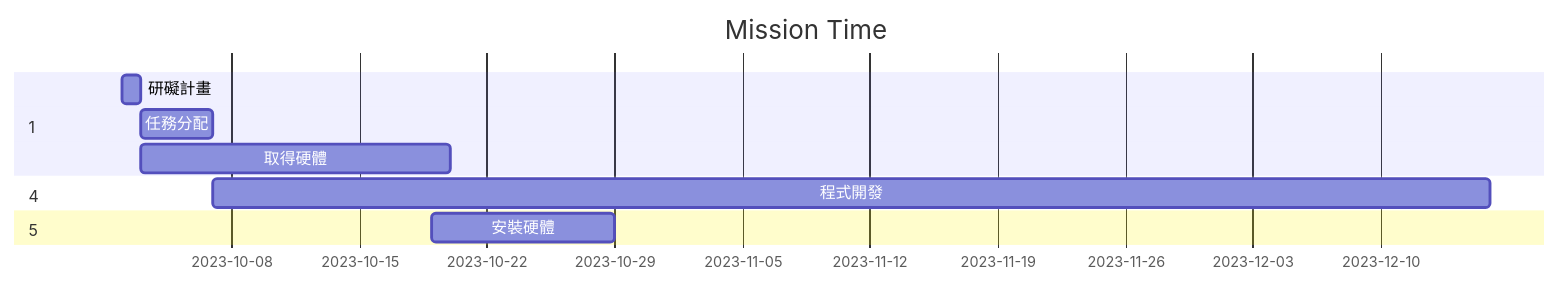
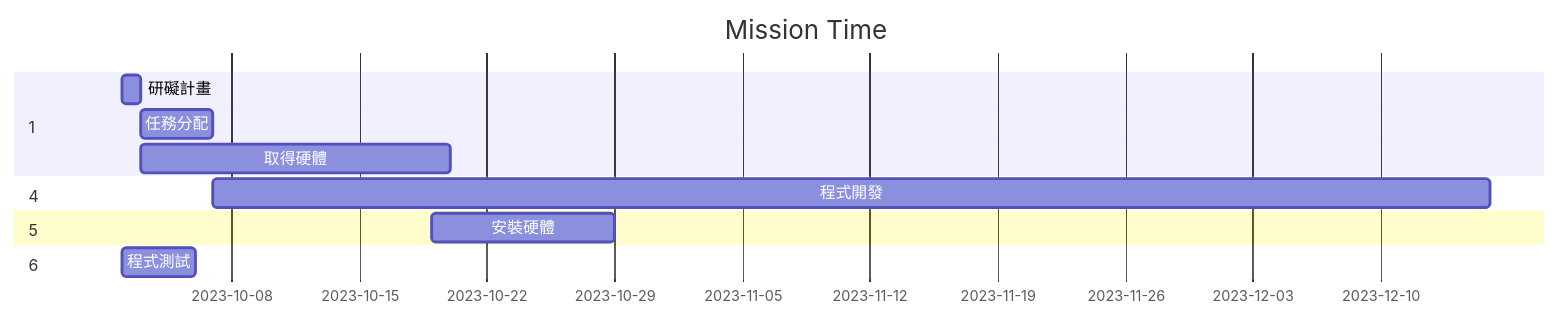
The diagram in hw2.md (Landingran/23a), drawn with Mermaid before and after one commit.

````diff
--- a/hw2.md
+++ b/hw2.md
@@ -3,16 +3,18 @@
 ```mermaid
 gantt
     title Mission Time
 
     section 1
     研礙計畫           :a1, 2023-10-02, 1d
     任務分配     :after a1  , 4d
     取得硬體     :after a1  , 17d
     section 4
     程式開發      :2023-10-7  , 70d
     section 5
     安裝硬體     :2023-10-19   ,10d
-    
+    section 6
+    程式測試    :after a4   ,4d
+
 
 
 ```
````
